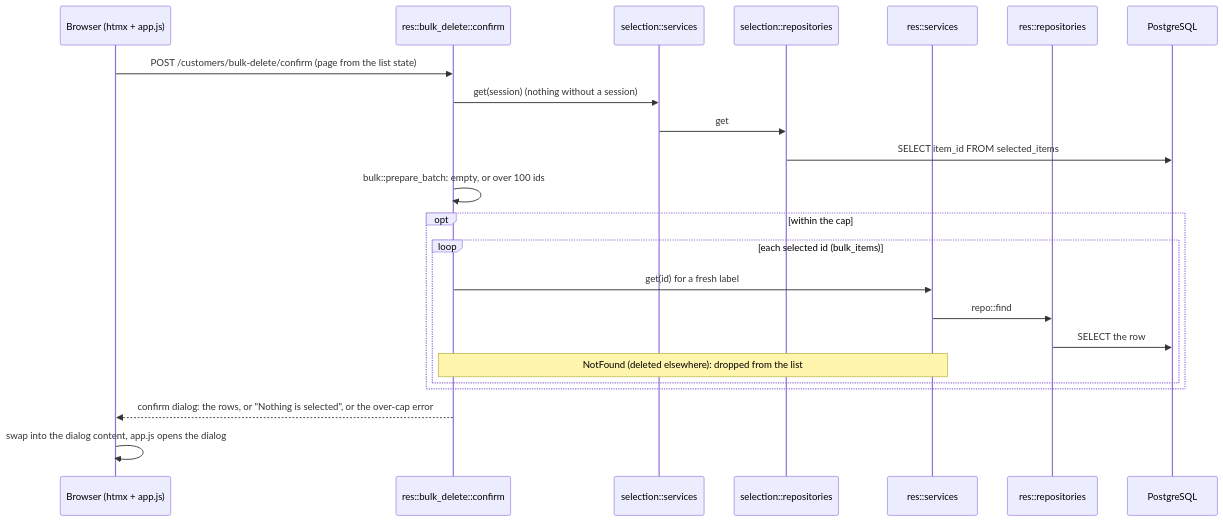
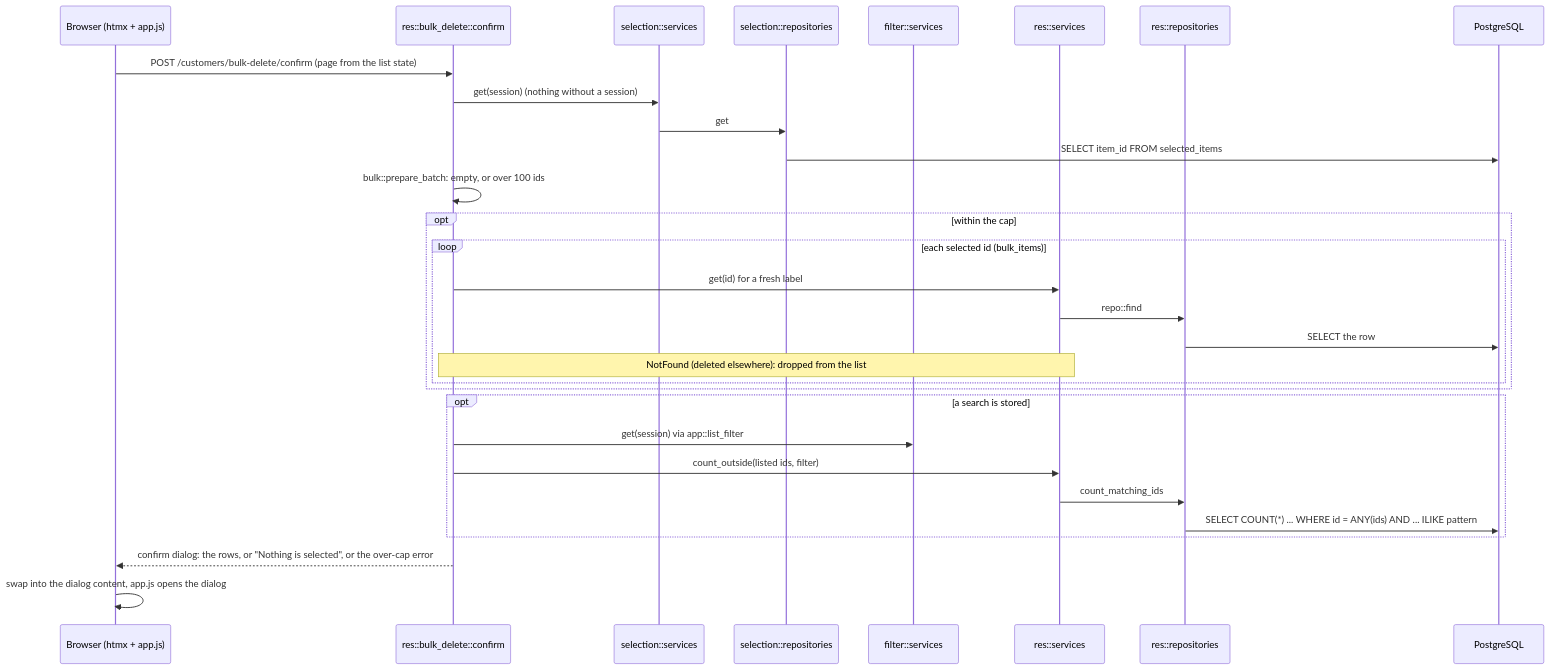
The diagram in docs/interaction-diagrams/11-post-bulk-delete-confirm.md (bunyawats/customer_crud_topcoat), drawn with Mermaid before and after one commit. The commit also changed other lines of this file and 67 other files, not shown here.

First line of the commit message:
Add list search with criteria kept in a server-side filter object

````diff
--- a/docs/interaction-diagrams/11-post-bulk-delete-confirm.md
+++ b/docs/interaction-diagrams/11-post-bulk-delete-confirm.md
@@ -3,25 +3,32 @@
 ```mermaid
 sequenceDiagram
     participant B as Browser (htmx + app.js)
     participant H as res::bulk_delete::confirm
     participant SelS as selection::services
     participant SelR as selection::repositories
+    participant FS as filter::services
     participant S as res::services
     participant R as res::repositories
     participant DB as PostgreSQL
     B->>H: POST /customers/bulk-delete/confirm (page from the list state)
     H->>SelS: get(session) (nothing without a session)
     SelS->>SelR: get
     SelR->>DB: SELECT item_id FROM selected_items
     H->>H: bulk::prepare_batch: empty, or over 100 ids
     opt within the cap
         loop each selected id (bulk_items)
             H->>S: get(id) for a fresh label
             S->>R: repo::find
             R->>DB: SELECT the row
             Note over H,S: NotFound (deleted elsewhere): dropped from the list
         end
     end
+    opt a search is stored
+        H->>FS: get(session) via app::list_filter
+        H->>S: count_outside(listed ids, filter)
+        S->>R: count_matching_ids
+        R->>DB: SELECT COUNT(*) ... WHERE id = ANY(ids) AND ... ILIKE pattern
+    end
     H-->>B: confirm dialog: the rows, or "Nothing is selected", or the over-cap error
     B->>B: swap into the dialog content, app.js opens the dialog
 ```
````
